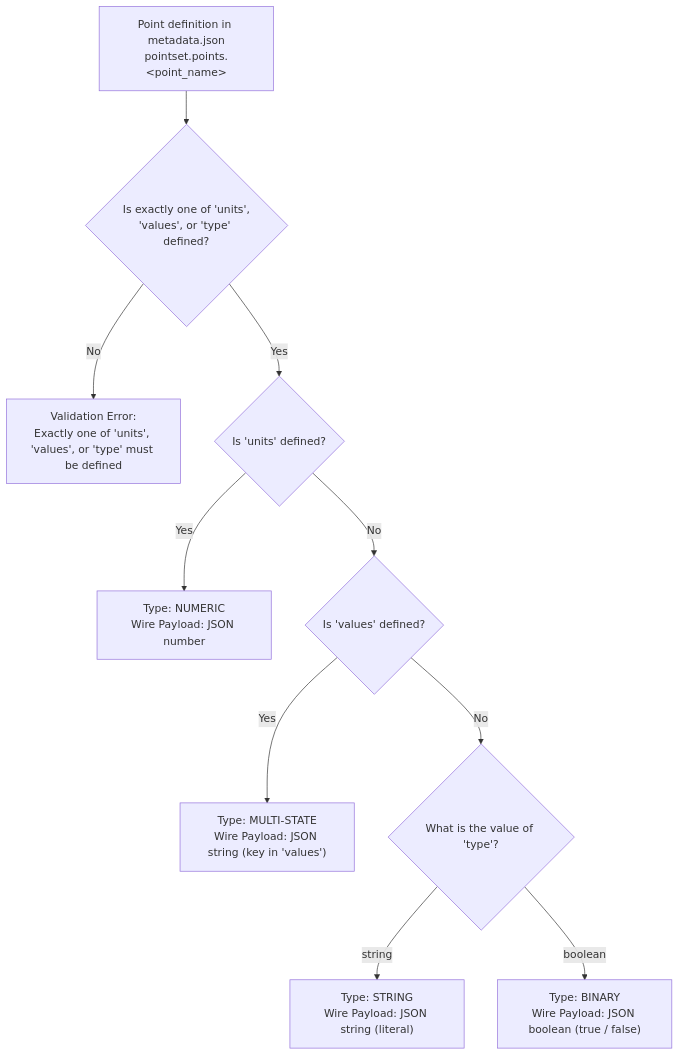
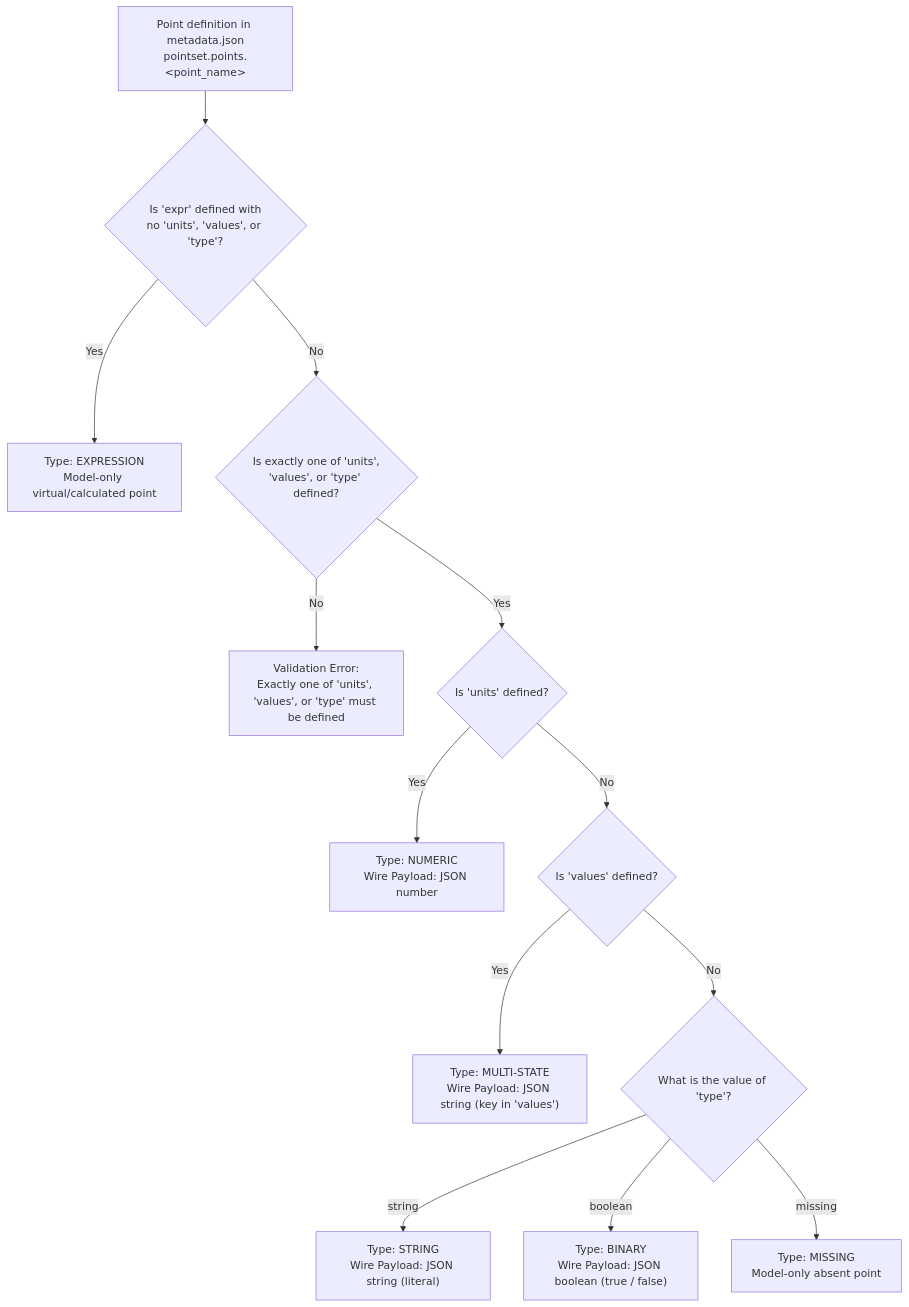
One commit to faucetsdn/udmi changed the diagram in docs/specs/point_typing.md. Above: the diagram before and after it, drawn with Mermaid. The commit also changed other lines of this file and 78 other files, not shown here.

Commit message:
Add unified DBO metadata schemas, missing/expr points, and deviceGuid (#1501)

````diff
--- a/docs/specs/point_typing.md
+++ b/docs/specs/point_typing.md
@@ -21,12 +23,15 @@
 ```mermaid
 flowchart TD
-    A["Point definition in metadata.json<br/>pointset.points.&lt;point_name&gt;"] --> B{"Is exactly one of 'units',<br/>'values', or 'type' defined?"}
+    A["Point definition in metadata.json<br/>pointset.points.&lt;point_name&gt;"] --> EX{"Is 'expr' defined with<br/>no 'units', 'values', or 'type'?"}
+    EX -- Yes --> EXPR["Type: EXPRESSION<br/>Model-only virtual/calculated point"]
+    EX -- No --> B{"Is exactly one of 'units',<br/>'values', or 'type' defined?"}
     B -- No --> ERR["Validation Error:<br/>Exactly one of 'units', 'values', or 'type' must be defined"]
     B -- Yes --> C{"Is 'units' defined?"}
     C -- Yes --> NUM["Type: NUMERIC<br/>Wire Payload: JSON number"]
     C -- No --> D{"Is 'values' defined?"}
     D -- Yes --> MS["Type: MULTI-STATE<br/>Wire Payload: JSON string (key in 'values')"]
     D -- No --> E{"What is the value of 'type'?"}
     E -- "string" --> STR["Type: STRING<br/>Wire Payload: JSON string (literal)"]
     E -- "boolean" --> BIN["Type: BINARY<br/>Wire Payload: JSON boolean (true / false)"]
+    E -- "missing" --> MISS["Type: MISSING<br/>Model-only absent point"]
 ```
````
